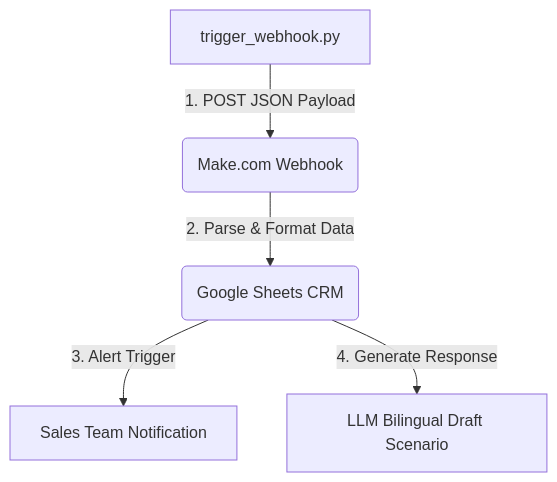
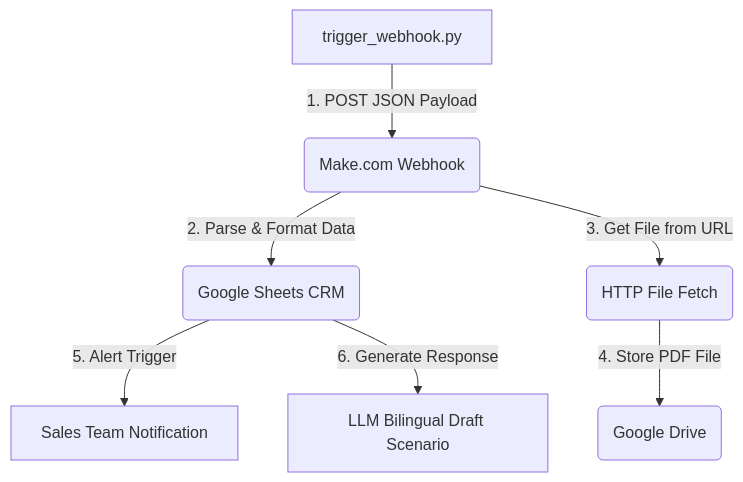
The diagram in 01_execution_evidence_report.md (tayyab-dng/alrouf-ai-integration), drawn with Mermaid before and after one commit. The commit also changed other lines of this file and 2 other files, not shown here.

Commit message:
feat: add attachment URL to mock RFQ and update architecture docs for file archiving

````diff
--- a/01_execution_evidence_report.md
+++ b/01_execution_evidence_report.md
@@ -62,7 +62,9 @@
 ```mermaid
 graph TD
     A[trigger_webhook.py] -->|1. POST JSON Payload| B(Make.com Webhook)
     B -->|2. Parse & Format Data| C(Google Sheets CRM)
-    C -->|3. Alert Trigger| D[Sales Team Notification]
-    C -->|4. Generate Response| E[LLM Bilingual Draft Scenario]
+    B -->|3. Get File from URL| D(HTTP File Fetch)
+    D -->|4. Store PDF File| E(Google Drive)
+    C -->|5. Alert Trigger| F[Sales Team Notification]
+    C -->|6. Generate Response| G[LLM Bilingual Draft Scenario]
 ```
````
